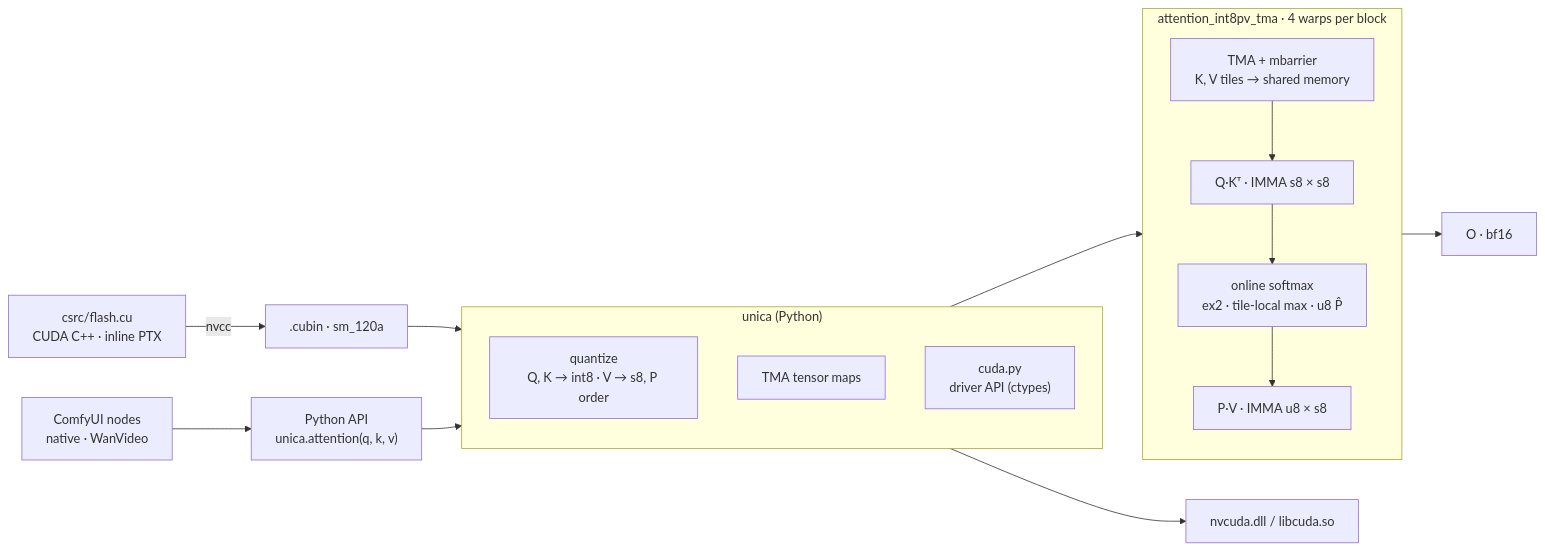
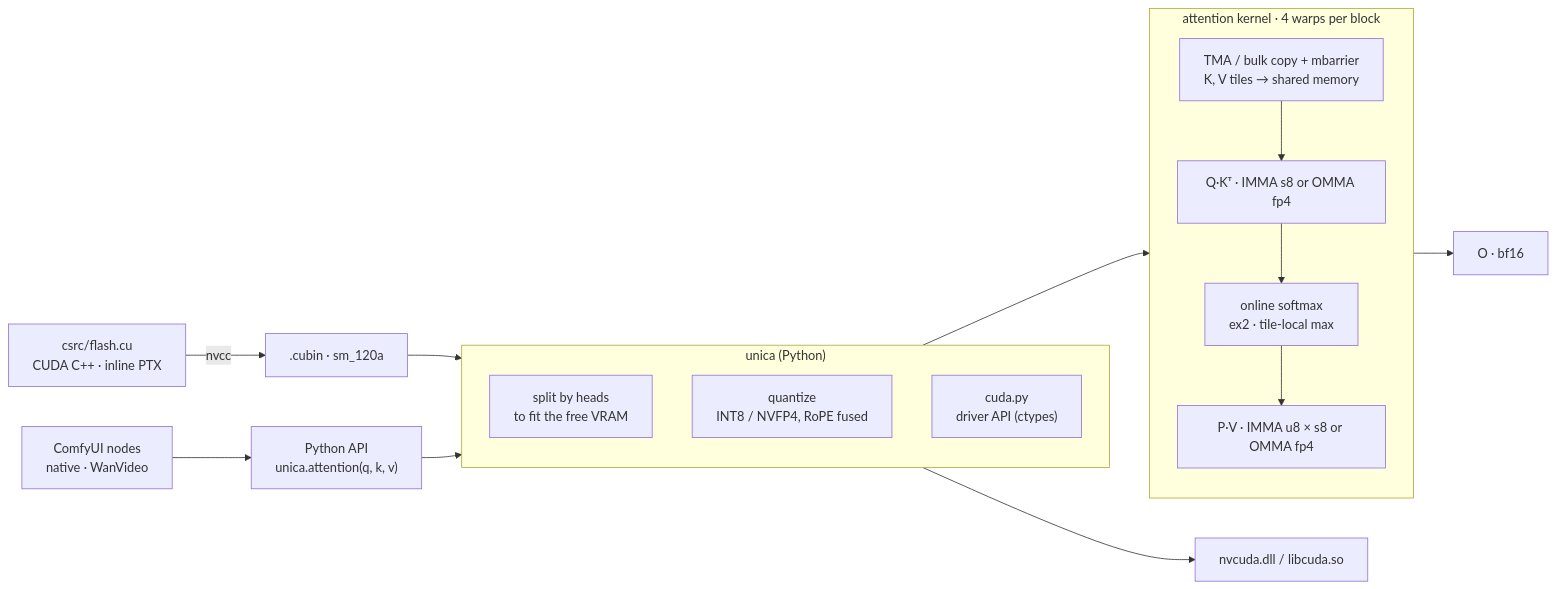
The diagram in README.md (k1n0F/UnicaAttention), drawn with Mermaid before and after one commit. The commit also changed other lines of this file and 5 other files, not shown here.

````diff
--- a/README.md
+++ b/README.md
@@ -89,26 +119,26 @@
 ```mermaid
 flowchart LR
     NODES["ComfyUI nodes<br/>native · WanVideo"] --> API
     API["Python API<br/>unica.attention(q, k, v)"] --> PY
 
     subgraph PY["unica (Python)"]
         direction TB
-        quant["quantize<br/>Q, K → int8 · V → s8, P order"]
-        maps["TMA tensor maps"]
+        split["split by heads<br/>to fit the free VRAM"]
+        quant["quantize<br/>INT8 / NVFP4, RoPE fused"]
         loader["cuda.py<br/>driver API (ctypes)"]
     end
 
-    subgraph KERNEL["attention_int8pv_tma · 4 warps per block"]
+    subgraph KERNEL["attention kernel · 4 warps per block"]
         direction TB
-        tma["TMA + mbarrier<br/>K, V tiles → shared memory"]
-        qk["Q·Kᵀ · IMMA s8 × s8"]
-        softmax["online softmax<br/>ex2 · tile-local max · u8 P̂"]
-        pv["P·V · IMMA u8 × s8"]
+        tma["TMA / bulk copy + mbarrier<br/>K, V tiles → shared memory"]
+        qk["Q·Kᵀ · IMMA s8 or OMMA fp4"]
+        softmax["online softmax<br/>ex2 · tile-local max"]
+        pv["P·V · IMMA u8 × s8 or OMMA fp4"]
         tma --> qk --> softmax --> pv
     end
 
     PY --> KERNEL
     SRC["csrc/flash.cu<br/>CUDA C++ · inline PTX"] -- nvcc --> CUBIN[".cubin · sm_120a"] --> loader
     loader --> DRV["nvcuda.dll / libcuda.so"]
     pv --> OUT["O · bf16"]
 ```
````
